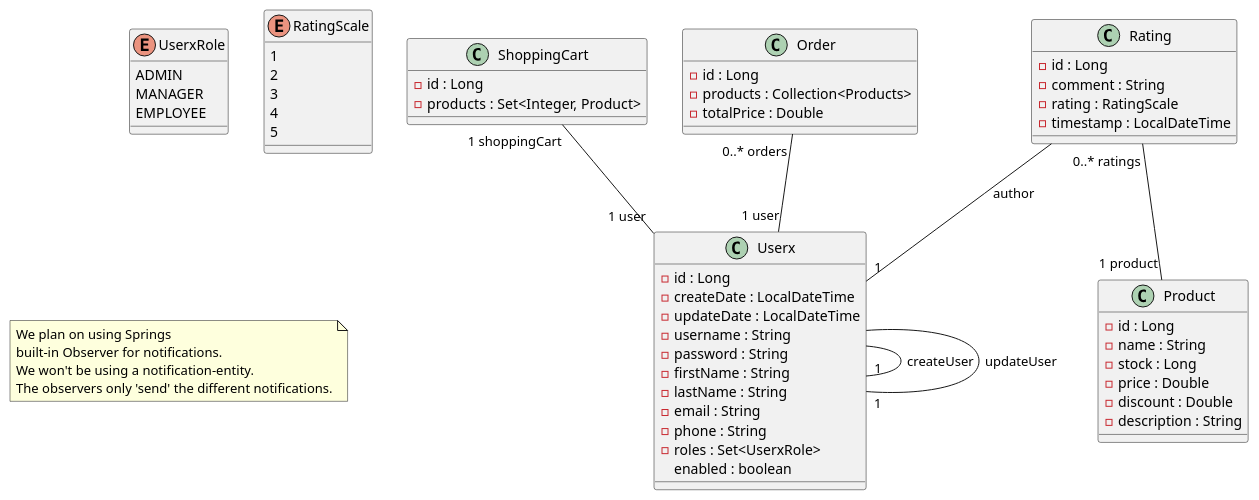
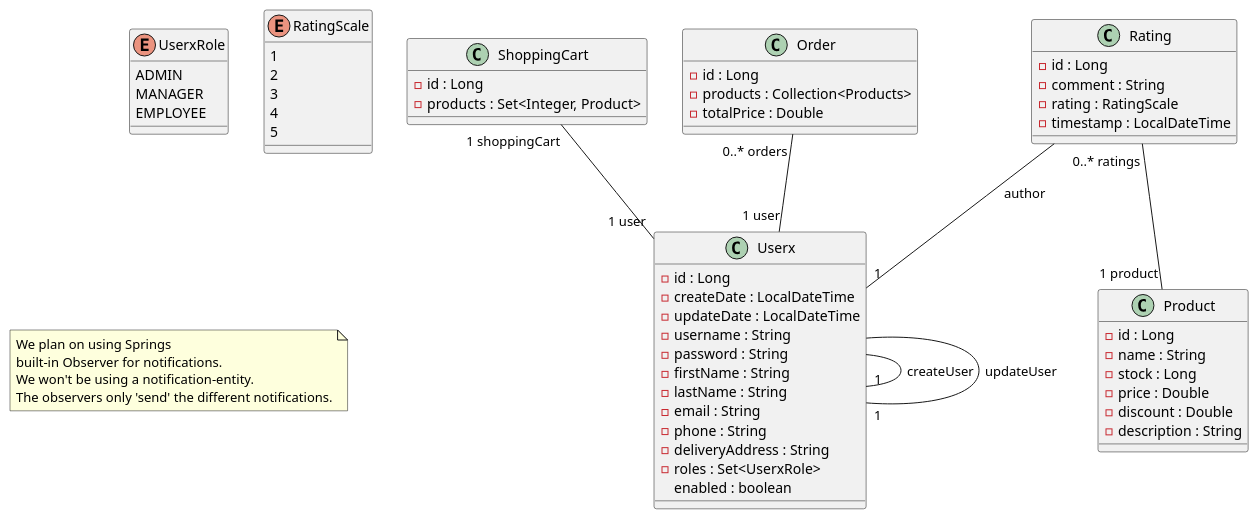
Before and after one commit to ayleen-eden/retro-duck-webshop: the diagram in UML/technical_uml.puml, drawn with PlantUML. The commit also changed 3 other files, not shown here.

Commit message:
added deliveryAddress to umls

```diff
--- a/UML/technical_uml.puml
+++ b/UML/technical_uml.puml
@@ -1,73 +1,74 @@
 @startuml
 
 class Userx {
   - id : Long
   - createDate : LocalDateTime
   - updateDate : LocalDateTime
   - username : String
   - password : String
   - firstName : String
   - lastName : String
   - email : String
   - phone : String
+  - deliveryAddress : String
   - roles : Set<UserxRole>
   enabled : boolean
   
 }
 
 Userx -- "1" Userx : createUser
 Userx -- "1" Userx : updateUser
 
 enum UserxRole {
   ADMIN
   MANAGER
   EMPLOYEE
 }
 
 class Product {
  - id : Long
  - name : String
  - stock : Long
  - price : Double
  - discount : Double
  - description : String
 }
 
 
 class ShoppingCart {
  - id : Long
  - products : Set<Integer, Product>
 }
 
 ShoppingCart "1 shoppingCart"  -- "1 user" Userx
 
 class Order {
   - id : Long
   - products : Collection<Products>
   - totalPrice : Double
 }
 
 Order "0..* orders" -- "1 user" Userx
 
 class Rating {
   - id : Long
   - comment : String
   - rating : RatingScale
   - timestamp : LocalDateTime
 }
 
 Rating -- "1" Userx : author
 Rating "0..* ratings" -- "1 product" Product 
 
 enum RatingScale {
   1
   2
   3
   4
   5
 }
 
 note "We plan on using Springs\nbuilt-in Observer for notifications.\nWe won't be using a notification-entity.\nThe observers only 'send' the different notifications." as N1
 
 
 @enduml
```
